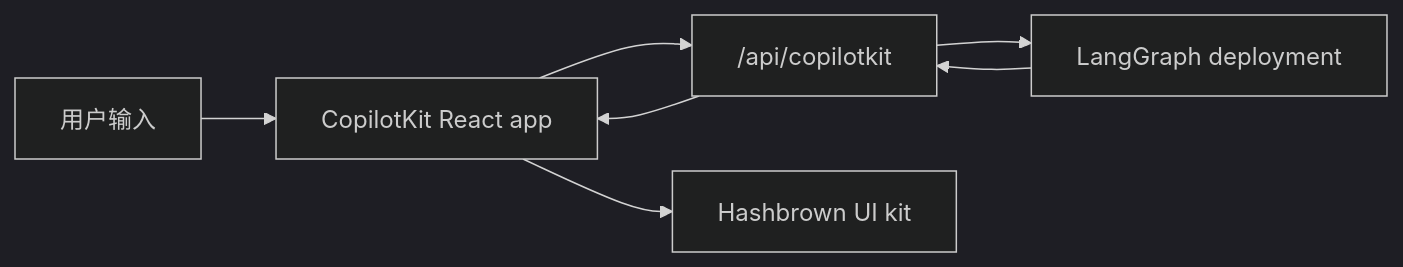
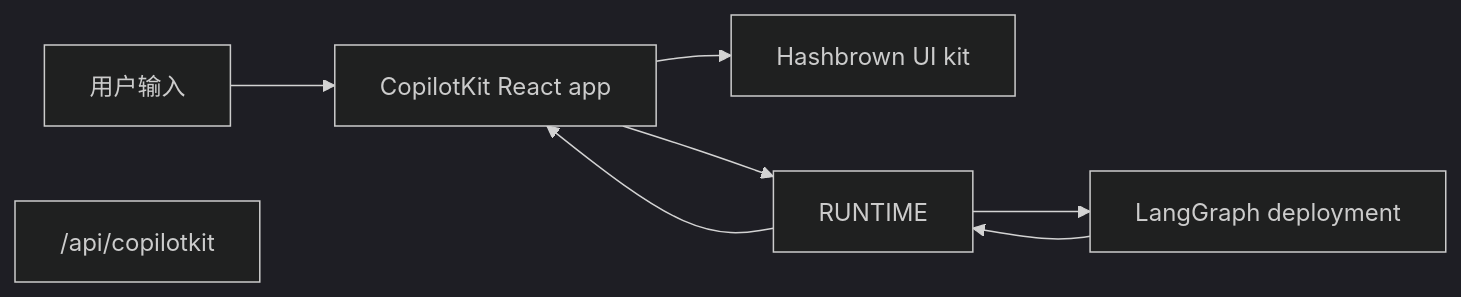
The diagram in translations/zh/src/oss/langchain/frontend/integrations/copilotkit.mdx (Ikki6666/docs), drawn with Mermaid (dark theme) before and after one commit. The commit also changed other lines of this file and 476 other files, not shown here.

````diff
--- a/translations/zh/src/oss/langchain/frontend/integrations/copilotkit.mdx
+++ b/translations/zh/src/oss/langchain/frontend/integrations/copilotkit.mdx
@@ -40,23 +61,23 @@
 ```mermaid
 %%{
   init: {
     "fontFamily": "monospace",
     "flowchart": {
       "curve": "curve"
     }
   }
 }%%
 graph LR
   USER["用户输入"]
   UI["CopilotKit React app"]
   ENDPOINT["/api/copilotkit"]
   GRAPH["LangGraph deployment"]
   RENDER["Hashbrown UI kit"]
 
   USER --> UI
-  UI --> ENDPOINT
-  ENDPOINT --> GRAPH
-  GRAPH --> ENDPOINT
-  ENDPOINT --> UI
+  UI --> RUNTIME
+  RUNTIME --> GRAPH
+  GRAPH --> RUNTIME
+  RUNTIME --> UI
   UI --> RENDER
 ```
````
